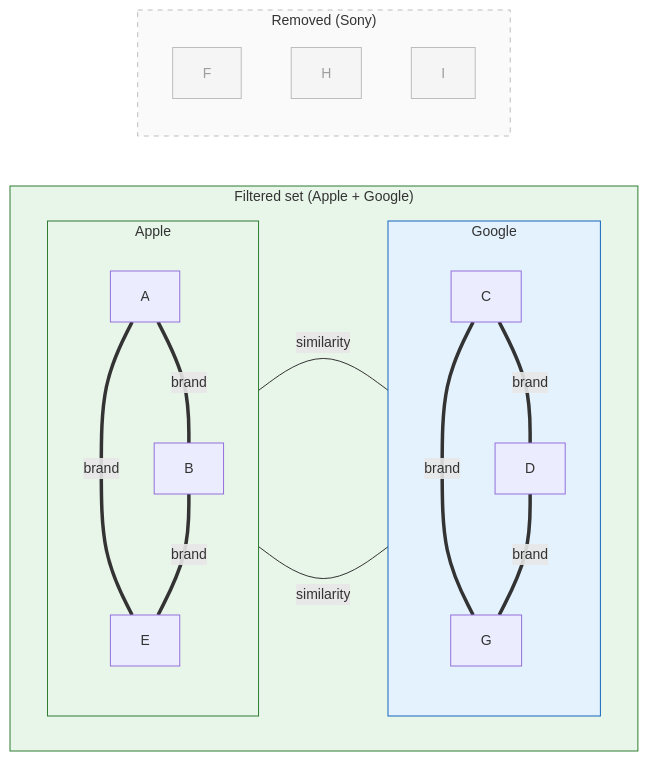
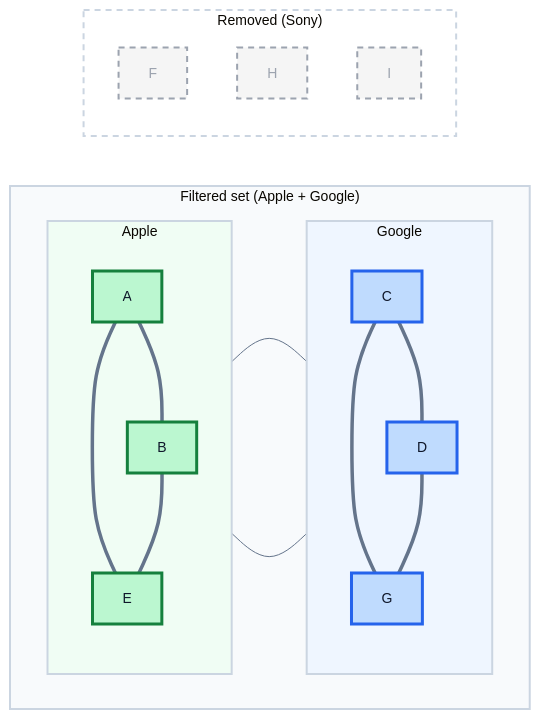
One commit to chsafouane/chsafouane.github.io changed the diagram in posts/Why WHERE clauses can break your vector search/assets/filtered-graph.mmd. Above: the diagram before and after it, drawn with Mermaid. The commit also changed 28 other files, not shown here.

Commit message:
Fix the mermaid graphs

```diff
--- a/posts/Why WHERE clauses can break your vector search/assets/filtered-graph.mmd
+++ b/posts/Why WHERE clauses can break your vector search/assets/filtered-graph.mmd
@@ -1,38 +1,52 @@
-%%{init: {'theme': 'default', 'themeVariables': { 'fontSize': '14px' }}}%%
+%%{init: {
+    'theme': 'base',
+    'themeVariables': {
+        'fontFamily': 'Helvetica Neue,Helvetica,Arial,sans-serif',
+        'fontSize': '14px',
+        'lineColor': '#64748b',
+        'textColor': '#0f172a'
+    },
+    'flowchart': { 'curve': 'basis' }
+}}%%
 flowchart LR
     subgraph filtered["Filtered set (Apple + Google)"]
         direction LR
 
         subgraph apple["Apple"]
             direction TB
-            MA["A"] ===|brand| MB["B"]
-            MA ===|brand| ME["E"]
-            MB ===|brand| ME
+            A["A"] === B["B"]
+            A === E["E"]
+            B === E
         end
 
         subgraph google["Google"]
             direction TB
-            MC["C"] ===|brand| MD["D"]
-            MC ===|brand| MG["G"]
-            MD ===|brand| MG
+            C["C"] === D["D"]
+            C === G["G"]
+            D === G
         end
 
-        MA ---|similarity| MC
-        MB ---|similarity| MG
+        A --- C
+        B --- G
     end
 
     subgraph removed["Removed (Sony)"]
         direction TB
-        MF["F"]
-        MH["H"]
-        MI["I"]
+        F["F"]
+        H["H"]
+        I["I"]
     end
 
-    style filtered fill:#e8f5e9,stroke:#2e7d32
-    style apple fill:#e8f5e9,stroke:#2e7d32
-    style google fill:#e3f2fd,stroke:#1565c0
+    classDef appleNode fill:#bbf7d0,stroke:#15803d,stroke-width:3px,color:#0f172a
+    classDef googleNode fill:#bfdbfe,stroke:#2563eb,stroke-width:3px,color:#0f172a
+    classDef removedNode fill:#f5f5f5,stroke:#9ca3af,stroke-width:2px,stroke-dasharray:6 5,color:#9ca3af
 
-    style removed fill:#fafafa,stroke:#bdbdbd,stroke-dasharray: 5 5
-    style MF fill:#f5f5f5,stroke:#bdbdbd,color:#9e9e9e
-    style MH fill:#f5f5f5,stroke:#bdbdbd,color:#9e9e9e
-    style MI fill:#f5f5f5,stroke:#bdbdbd,color:#9e9e9e
+    class A,B,E appleNode
+    class C,D,G googleNode
+    class F,H,I removedNode
+
+    style filtered fill:#f8fafc,stroke:#cbd5e1,stroke-width:2px
+    style apple fill:#f0fdf4,stroke:#cbd5e1,stroke-width:2px
+    style google fill:#eff6ff,stroke:#cbd5e1,stroke-width:2px
+
+    style removed fill:#ffffff,stroke:#cbd5e1,stroke-width:2px,stroke-dasharray:6 5
```
